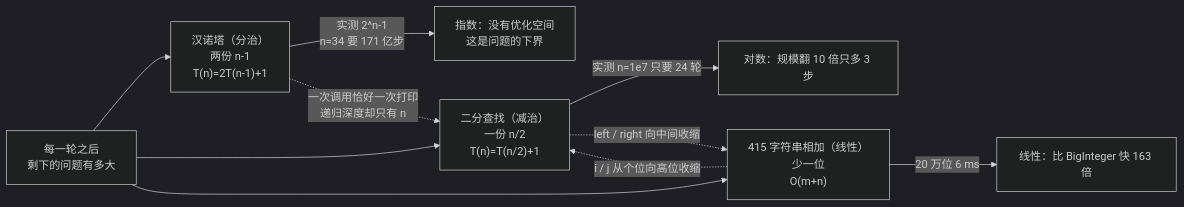
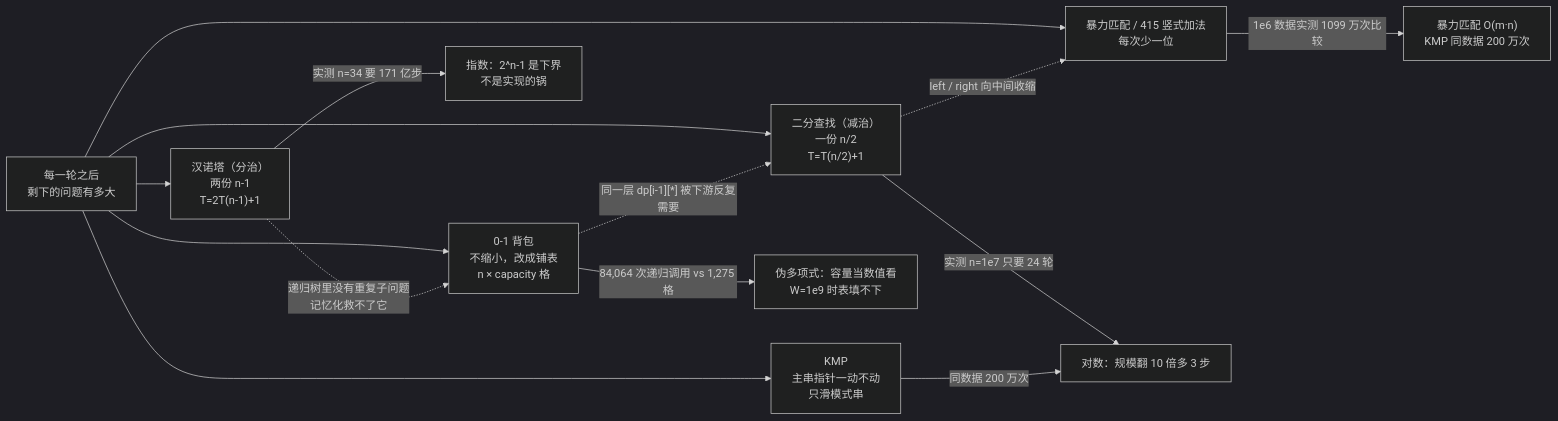
The first of 2 diagrams in README.md (c0re-T/algorithm), drawn with Mermaid (dark theme) before and after one commit. The commit also changed other lines of this file and 11 other files, not shown here.

````diff
--- a/README.md
+++ b/README.md
@@ -11,13 +11,17 @@
 ```mermaid
 flowchart LR
     A["每一轮之后<br/>剩下的问题有多大"]
-    A --> B["汉诺塔（分治）<br/>两份 n-1<br/>T(n)=2T(n-1)+1"]
-    A --> C["二分查找（减治）<br/>一份 n/2<br/>T(n)=T(n/2)+1"]
-    A --> D["415 字符串相加（线性）<br/>少一位<br/>O(m+n)"]
-    B -->|"实测 2^n-1<br/>n=34 要 171 亿步"| R["指数：没有优化空间<br/>这是问题的下界"]
-    C -->|"实测 n=1e7 只要 24 轮"| L["对数：规模翻 10 倍只多 3 步"]
-    D -->|"20 万位 6 ms"| M["线性：比 BigInteger 快 163 倍"]
-    B -.->|"一次调用恰好一次打印<br/>递归深度却只有 n"| C
+    A --> B["汉诺塔（分治）<br/>两份 n-1<br/>T=2T(n-1)+1"]
+    A --> C["二分查找（减治）<br/>一份 n/2<br/>T=T(n/2)+1"]
+    A --> D["暴力匹配 / 415 竖式加法<br/>每次少一位"]
+    A --> E["KMP<br/>主串指针一动不动<br/>只滑模式串"]
+    A --> F["0-1 背包<br/>不缩小，改成铺表<br/>n × capacity 格"]
+    B -->|"实测 n=34 要 171 亿步"| R["指数：2^n-1 是下界<br/>不是实现的锅"]
+    C -->|"实测 n=1e7 只要 24 轮"| L["对数：规模翻 10 倍多 3 步"]
+    D -->|"1e6 数据实测 1099 万次比较"| M2["暴力匹配 O(m·n)<br/>KMP 同数据 200 万次"]
+    E -->|"同数据 200 万次"| L
+    F -->|"84,064 次递归调用 vs 1,275 格"| M["伪多项式：容量当数值看<br/>W=1e9 时表填不下"]
+    B -.->|"递归树里没有重复子问题<br/>记忆化救不了它"| F
+    F -.->|"同一层 dp[i-1][*] 被下游反复需要"| C
     C -.->|"left / right 向中间收缩"| D
-    D -.->|"i / j 从个位向高位收缩"| C
 ```
````
